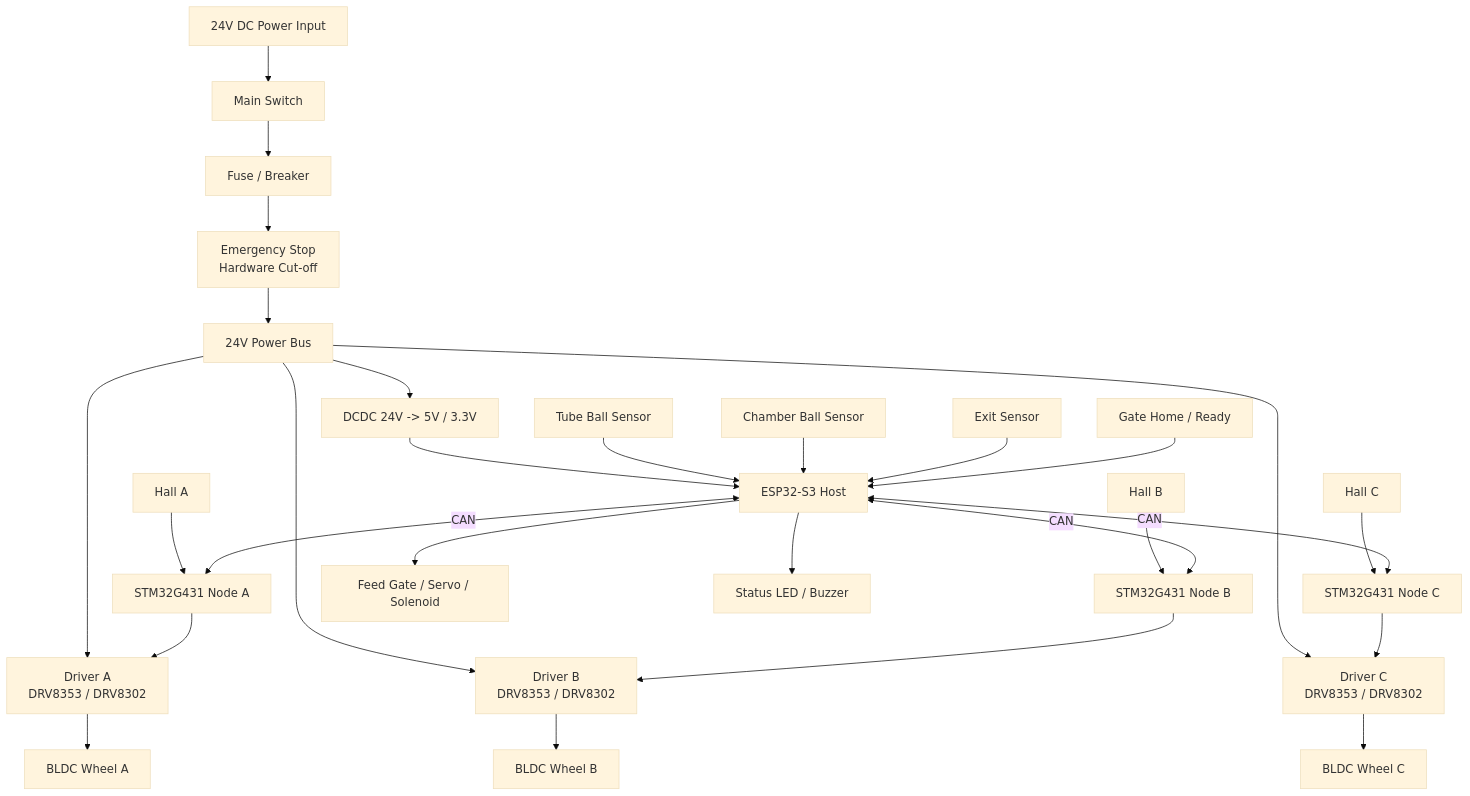
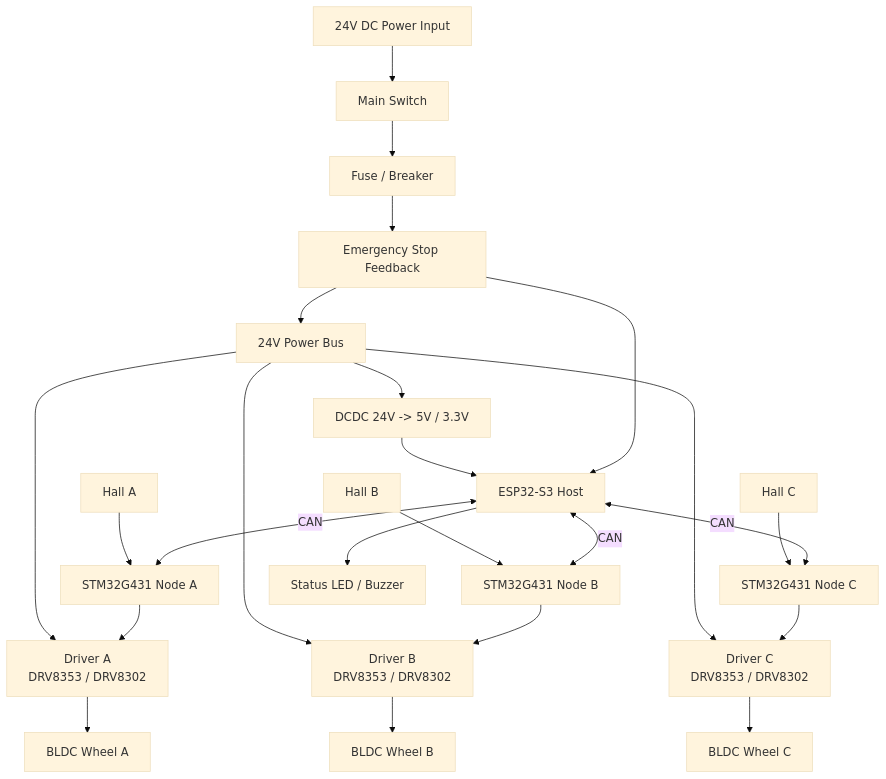
The first of 2 diagrams in docs/CONNECTION_DIAGRAM.md (haoside/simplefoc-football-launcher), drawn with Mermaid (base theme) before and after one commit. The commit also changed other lines of this file and 5 other files, not shown here.

Commit message:
Update docs for B-G431B-ESC1 x3 architecture

````diff
--- a/docs/CONNECTION_DIAGRAM.md
+++ b/docs/CONNECTION_DIAGRAM.md
@@ -5,38 +5,33 @@
 ```mermaid
 flowchart TB
     PWR[24V DC Power Input] --> SW[Main Switch]
     SW --> FUSE[Fuse / Breaker]
     FUSE --> ESTOP[Emergency Stop\nHardware Cut-off]
     ESTOP --> BUS[24V Power Bus]
 
     BUS --> DCDC[DCDC 24V -> 5V / 3.3V]
     DCDC --> HOST[ESP32-S3 Host]
 
     BUS --> DRVA[Driver A\nDRV8353 / DRV8302]
     BUS --> DRVB[Driver B\nDRV8353 / DRV8302]
     BUS --> DRVC[Driver C\nDRV8353 / DRV8302]
 
     NODEA[STM32G431 Node A] --> DRVA
     NODEB[STM32G431 Node B] --> DRVB
     NODEC[STM32G431 Node C] --> DRVC
 
     DRVA --> MA[BLDC Wheel A]
     DRVB --> MB[BLDC Wheel B]
     DRVC --> MC[BLDC Wheel C]
 
     HALLA[Hall A] --> NODEA
     HALLB[Hall B] --> NODEB
     HALLC[Hall C] --> NODEC
 
     HOST <-->|CAN| NODEA
     HOST <-->|CAN| NODEB
     HOST <-->|CAN| NODEC
 
-    TUBE[Tube Ball Sensor] --> HOST
-    CHAMBER[Chamber Ball Sensor] --> HOST
-    EXIT[Exit Sensor] --> HOST
-    GATEFB[Gate Home / Ready] --> HOST
-
-    HOST --> FEED[Feed Gate / Servo / Solenoid]
+    ESTOP[Emergency Stop Feedback] --> HOST
     HOST --> LED[Status LED / Buzzer]
 ```
````
